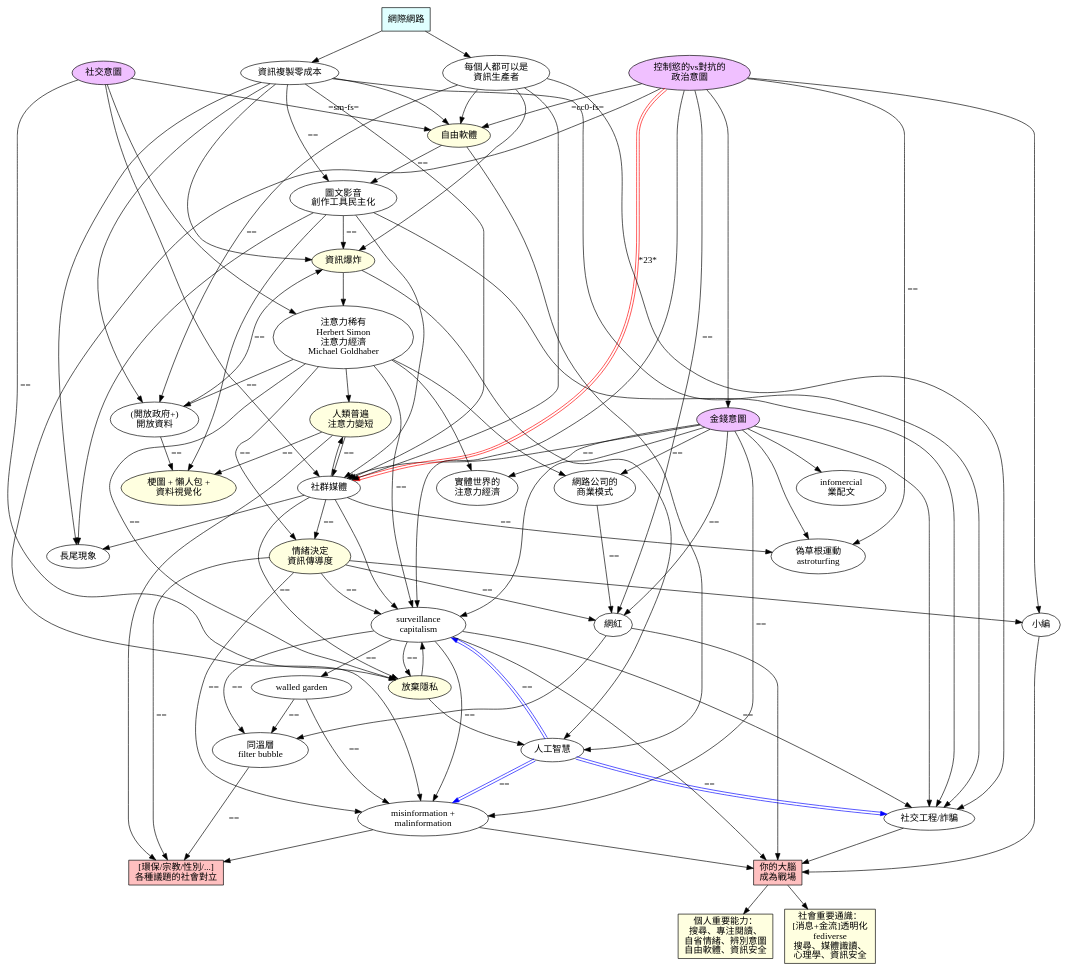
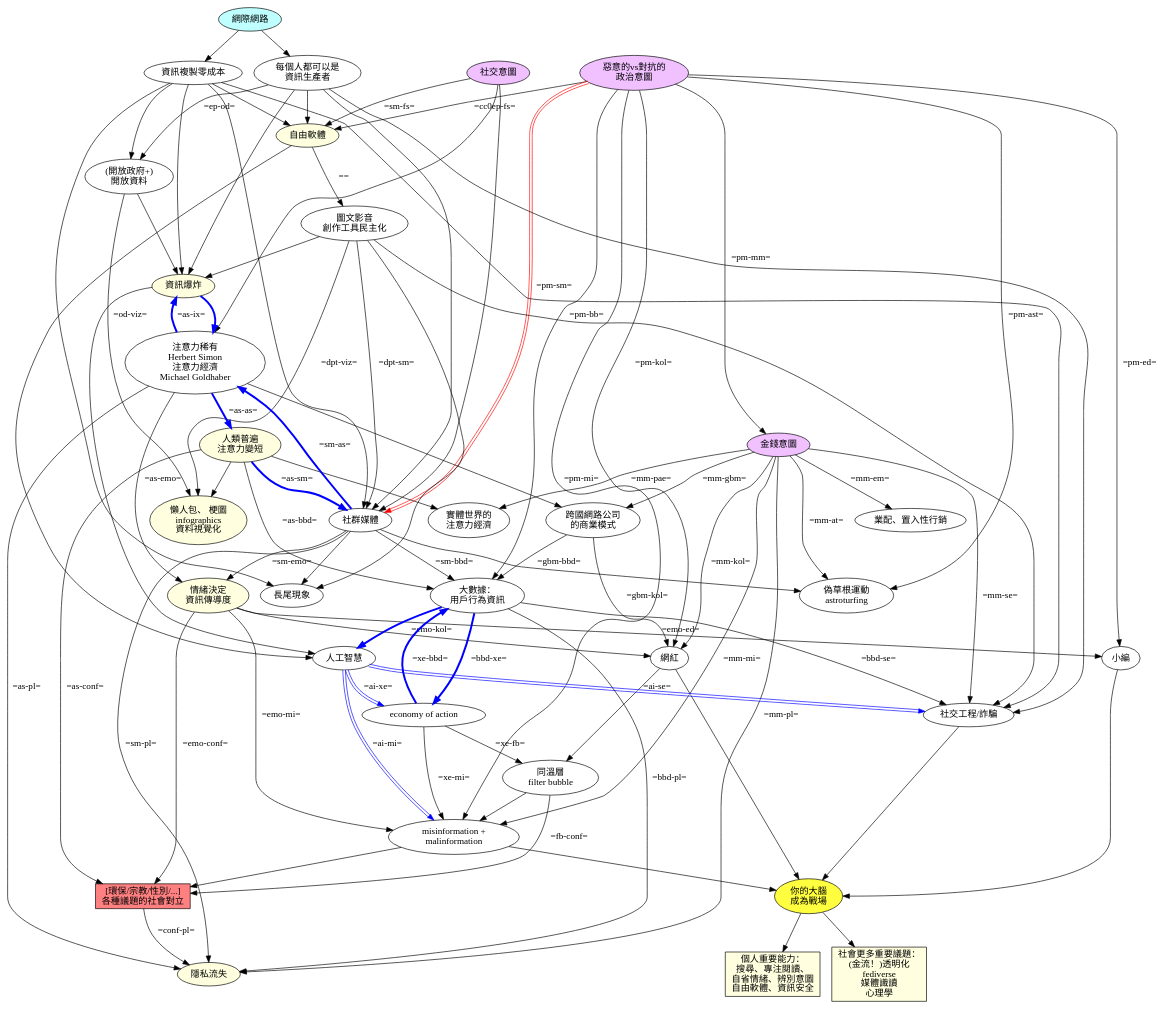
The diagram in a/m/23/war-on-brain.dot (ckhung/ckhung.github.io), drawn with Graphviz before and after one commit. The commit also changed 1 other file, not shown here.

Commit message:
war-on-brain.*

```diff
--- a/a/m/23/war-on-brain.dot
+++ b/a/m/23/war-on-brain.dot
@@ -5,106 +5,119 @@
 
     social_motivation [ label="社交意圖"; style=filled; fillcolor="#f0c0ff" ];
     monetary_motivation [ label="金錢意圖"; style=filled; fillcolor="#f0c0ff" ];
-    political_motivation [ label="控制慾的vs對抗的\n政治意圖"; style=filled; fillcolor="#f0c0ff" ];
-    internet [ shape=rectangle; label="網際網路" style=filled; fillcolor="#e0ffff" ];
+    political_motivation [ label="惡意的vs對抗的\n政治意圖"; style=filled; fillcolor="#f0c0ff" ];
+    internet [ label="網際網路" style=filled; fillcolor="#c0ffff" ];
     copy_cost_0 [ label="資訊複製零成本" ];
-    open_data [ label="(開放政府+)\n開放資料" ];
     everone_producer [ label="每個人都可以是\n資訊生產者" ];
+
     free_software [ label="自由軟體"; style=filled; fillcolor="#ffffe0" ];
     dem_prod_tool [ label="圖文影音\n創作工具民主化" ];
+
+    open_data [ label="(開放政府+)\n開放資料" ];
     info_explosion [ label="資訊爆炸"; style=filled; fillcolor="#ffffe0" ];
     attention_scarcity [ label="注意力稀有\nHerbert Simon\n注意力經濟\nMichael Goldhaber" ];
+    attention_span [ label="人類普遍\n注意力變短"; style=filled; fillcolor="#ffffe0" ];
+    visualization [ label="懶人包、 梗圖\ninfographics\n資料視覺化"; style=filled; fillcolor="#ffffe0" ];
     physical_ae [ label="實體世界的\n注意力經濟" ];
+
     social_media [ label="社群媒體" ];
+    long_tail [ label="長尾現象" ];
     astroturfing [ label="偽草根運動\nastroturfing" ];
     emotion [ label="情緒決定\n資訊傳導度"; style=filled; fillcolor="#ffffe0" ];
-    attention_span [ label="人類普遍\n注意力變短"; style=filled; fillcolor="#ffffe0" ];
-    visualization [ label="梗圖 + 懶人包 +\n資料視覺化"; style=filled; fillcolor="#ffffe0" ];
-    long_tail [ label="長尾現象" ];
-    infomercial [ label="infomercial\n業配文" ];
+    embedded_marketing [ label="業配、置入性行銷" ];
     kol [ label="網紅" ];
-    google_bm [ label="網路公司的\n商業模式" ];
+    google_bm [ label="跨國網路公司\n的商業模式" ];
     artificial_intelligence [ label="人工智慧" ];
     misinformation [ label="misinformation +\nmalinformation" ];
-    giving_up_privacy [ label="放棄隱私"; style=filled; fillcolor="#ffffe0" ];
+    privacy_loss [ label="隱私流失"; style=filled; fillcolor="#ffffe0" ];
     filter_bubble [ label="同溫層\nfilter bubble" ];
-    surveillance_capitalism [ label="surveillance\ncapitalism" ];
-    walled_garden [ label="walled garden" ];
+    behavior_big_data [ label="大數據：\n用戶行為資訊" ];
+    xtion_economy [ label="economy of action" ];
     social_engineering [ label="社交工程/詐騙" ];
     editor [ label="小編" ];
-    your_brain [ shape=rectangle; label="你的大腦\n成為戰場"; style=filled; fillcolor="#ffc0c0" ];
-    conflict [ shape=rectangle; label="[環保/宗教/性別/...]\n各種議題的社會對立"; style=filled; fillcolor="#ffc0c0"; ];
+    your_brain [ label="你的大腦\n成為戰場"; style=filled; fillcolor="#ffff40" ];
+    conflict [ shape=rectangle; label="[環保/宗教/性別/...]\n各種議題的社會對立"; style=filled; fillcolor="#ff8080"; ];
     important_personal [ shape=rectangle; label="個人重要能力：\n搜尋、專注閱讀、\n自省情緒、辨別意圖\n自由軟體、資訊安全"; style=filled; fillcolor="#ffffe0" ];
-    important_societal [ shape=rectangle; label="社會重要通識：\n[消息+金流]透明化\nfediverse\n搜尋、媒體識讀、\n心理學、資訊安全"; style=filled; fillcolor="#ffffe0" ];
+    important_societal [ shape=rectangle; label="社會更多重要議題：\n(金流！)透明化\nfediverse\n媒體識讀\n心理學"; style=filled; fillcolor="#ffffe0" ];
 
     # # # # # # # # # # # # # # # # # # # # 
 
-    # 一、 驅動力
-
-    political_motivation -> monetary_motivation;
-
-    # 二、 從網際網路到...
-
-    internet -> { copy_cost_0 everone_producer } -> free_software
-    political_motivation -> free_software [ label="=cc0-fs="; labeltooltip="革奴計畫" ];
-    social_motivation -> free_software [ label="=sm-fs="; labeltooltip="reputation economy\nexposure culture"];
+    internet -> { copy_cost_0 everone_producer } -> free_software;
+    political_motivation -> free_software [ label="=cc0ep-fs="; labeltooltip="革奴計畫" ];
+    social_motivation -> free_software [ label="=sm-fs="; labeltooltip="軟體就像性，免費的比較好" ];
+    free_software -> dem_prod_tool [ label="=="; labeltooltip="inkscape\ngimp\naudacity\n價格競爭" ];
+    copy_cost_0 -> open_data -> info_explosion;
+    everone_producer -> open_data [ label="=ep-od="; labeltooltip="維基百科\n開放街圖" ];
 
 
-    free_software -> dem_prod_tool [ label="=="; labeltooltip="inkscape\ngimp\naudacity\n價格競爭" ];
-    copy_cost_0 -> dem_prod_tool [ label="=="; labeltooltip="盜版" ];
-    { everone_producer copy_cost_0 } -> { info_explosion social_engineering };
-    dem_prod_tool -> info_explosion [ label="=="; labeltooltip="衍生創作" ];
-    dem_prod_tool -> social_engineering;
-    { social_motivation info_explosion } -> attention_scarcity;
-    { social_motivation dem_prod_tool everone_producer copy_cost_0 } -> social_media;
-    political_motivation -> social_media [ color="#ff0000:white:#ff0000"; label="*23*"; labeltooltip="言論管制的集權國家\n网络安全法第二十八条" ];
+    { everone_producer copy_cost_0 dem_prod_tool } -> { info_explosion social_engineering };
+    social_motivation -> attention_scarcity;
+    info_explosion -> attention_scarcity [ color="#0000ff"; penwidth=3 ];
+    attention_scarcity -> info_explosion [ color="#0000ff"; penwidth=3; label="=as-ix="; labeltooltip="reputation economy\nexposure culture\n創用CC" ];
+    attention_scarcity -> attention_span [ color="#0000ff"; penwidth=3; label="=as-as="; labeltooltip="金魚腦" ];
+    attention_scarcity -> privacy_loss [ label="=as-pl="; labeltooltip="selfie\n不必讀，我同意\n預設值\n暗黑模式的 UI/UX" ];
+    attention_span -> { visualization physical_ae };
+    open_data -> visualization [ label="=od-viz="; labeltooltip="Hans Rosling\nOWID" ];
+    dem_prod_tool -> visualization [ label="=dpt-viz="; labeltooltip="metabase\ngrafana\nplotly\ngnuplot\nscatplot" ];
+
+    monetary_motivation -> physical_ae [ label="=mm-pae="; labeltooltip="四川航空 免費巴士\ndigital license plate ads" ];
+    attention_scarcity -> google_bm;
+    monetary_motivation ->  google_bm [ label="=mm-gbm="; labeltooltip="臉書、Instagram\ngoogle\nyoutube" ];
+    google_bm -> kol [ label="=gbm-kol="; labeltooltip="抖內\n工商服務\n直播拍賣\n健生中醫" ];
+    monetary_motivation -> embedded_marketing [ label="=mm-em="; ];
+
+    { social_motivation everone_producer copy_cost_0 } -> social_media;
+    dem_prod_tool -> social_media [ label="=dpt-sm="; labeltooltip="BBS、IRC" ];
+    social_media -> attention_scarcity [ color="#0000ff"; penwidth=3; label="=sm-as="; labeltooltip="無限滾動捲軸\ndark patterns\ndeceptive patterns" ];
+    attention_span -> social_media [ color="#0000ff"; penwidth=3; label="=as-sm="; labeltooltip="blog=>twitter\nyoutube=>抖音" ];
     { dem_prod_tool copy_cost_0 social_media } -> long_tail;
-    monetary_motivation -> physical_ae [ label="=="; labeltooltip="四川航空 免費巴士\ndigital license plate ads" ];
-    attention_scarcity -> physical_ae;
-    attention_scarcity -> giving_up_privacy [ label="=="; labeltooltip="selfie" ];
-    attention_scarcity -> emotion [ label="=="; labeltooltip="下標題技巧" ];
-    attention_scarcity -> open_data [ label="=="; labeltooltip="創用CC" ];
-    attention_scarcity -> attention_span;
-    social_media -> attention_span;
-    attention_span -> social_media [ label="=="; labeltooltip="blog=>twitter\nyoutube=>抖音" ];
-    social_media -> giving_up_privacy [ label="=="; labeltooltip="venmo\nthisisyourdigitallife\n300個讚\n元宇宙頭盔\n网络安全法第二十八条\ntiktok 追蹤鍵盤" ];
-    social_media -> emotion [ label="=="; labeltooltip="回想個人經驗" ];
-    everone_producer -> open_data [ label="=="; labeltooltip="維基百科\n開放街圖" ];
-    copy_cost_0 -> open_data -> info_explosion;
-    open_data -> visualization [ label="=="; labeltooltip="Hans Rosling\nOWID" ];
-    dem_prod_tool -> visualization [ label="=="; labeltooltip="metabase\ngrafana\nplotly\ngnuplot\nscatplot" ];
-    attention_span -> visualization [ label="=="; labeltooltip="infographics" ];
-    social_motivation -> giving_up_privacy [ label="=="; labeltooltip="FOMO\nzenly"; ];
-    { free_software info_explosion giving_up_privacy } -> artificial_intelligence;
-    { monetary_motivation social_media giving_up_privacy } -> surveillance_capitalism;
-    attention_scarcity -> surveillance_capitalism [ label="=="; labeltooltip="targeted advertisement"; ];
+    social_media -> emotion [ label="=sm-emo="; labeltooltip="回想個人經驗" ];
+    attention_scarcity -> emotion [ label="=as-emo="; labeltooltip="下標題技巧\n故事行銷" ];
+    social_media -> astroturfing;
+    monetary_motivation -> astroturfing [ label="=mm-at="; labeltooltip="bigtech wiki\nwe sell likes\nfake review" ];
+    social_media -> privacy_loss [ label="=sm-pl="; labeltooltip="FOMO\nzenly\nvenmo\n抖音與臉書對你的逐鍵觀察" ];
+
+
+    social_media -> behavior_big_data [ label="=sm-bbd="; labeltooltip="thisisyourdigitallife\n300個讚\n元宇宙頭盔\n社會信用體系\n网络安全法第二十八条" ];
+    behavior_big_data -> privacy_loss [ label="=bbd-pl="; labeltooltip="少女懷孕，Target預測產期"; ];
+    attention_span -> behavior_big_data [ label="=as-bbd="; labeltooltip="個人化...、智慧..."; ];
+    google_bm -> behavior_big_data [ label="=gbm-bbd="; labeltooltip="targeted advertisement\n登入臉書方可閱讀的IP歧視政策"; ];
+    behavior_big_data -> xtion_economy [ color="#0000ff"; penwidth=3; label="=bbd-xe="; labeltooltip="臉書情緒傳染實驗\n(臉書的紐澳青年)\n心理弱點行銷研究\n劍橋分析\nPokéstop"; ];
+    xtion_economy -> behavior_big_data [ color="#0000ff"; penwidth=3; label="=xe-bbd="; labeltooltip="建立高牆花園\n誘勸改用app\napp內嵌瀏覽器\n臉書加密網址\n無限下滑" ];
+
+
+    filter_bubble -> misinformation;
+    xtion_economy -> filter_bubble [ label="=xe-fb="; labeltooltip="你也會喜歡\nline 群組\nline 內建瀏覽器不能搜尋" ];
+    xtion_economy -> misinformation [ label="=xe-mi="; labeltooltip="dark ads\n臉書禁備份\nline 群組\nline 內建瀏覽器不能搜尋\nline voom？" ];
+    monetary_motivation -> misinformation [ label="=mm-mi="; labeltooltip="大榴蓮\n鬼島狂新聞\n馬其頓 假新聞\n真相製造" ];
+    emotion -> misinformation [ label="=emo-mi="; labeltooltip="台灣致死率全世界第一\n近二週致死率全球第三高\n愛台網紅離開台灣\n很多孩子走了\n\n盜版/山寨/仿冒\npredatory journal?" ];
+    emotion -> kol [ label="=emo-kol="; labeltooltip="鼻妹、視網膜\n波特王、八烔、斯坦\n朱學恒、館長" ];
+
+    political_motivation -> social_media [ color="#ff0000:white:#ff0000"; label="=pm-sm="; labeltooltip="言論管制\n極權國家\n网络安全法第二十八条" ];
+    political_motivation -> behavior_big_data [ label="=pm-bb=" ];
+    political_motivation -> monetary_motivation [ label="=pm-mm=" ];
+    monetary_motivation -> kol [ label="=mm-kol="; labeltooltip="爆料公社\nmost super chatted on youtube" ];
+    political_motivation -> astroturfing [ label="=pm-ast="; labeltooltip="twitter INFO OPs archive\n監獄網評員\n蜂蜜檸檬韓粉美國" ];
+    political_motivation -> kol [ label="=pm-kol="; labeltooltip="解放軍南部戰區 對台自媒體及輿論分隊\n大翻譯運動" ];
+    political_motivation -> misinformation [ label="=pm-mi="; labeltooltip="諸多假訊息打擊防疫" ];
+    political_motivation -> editor [ label="=pm-ed="; labeltooltip="各政黨小編文化" ];
+    emotion -> editor [ label="=emo-ed="; labeltooltip="小編的人格特質？" ];
+
     kol -> filter_bubble;
-    surveillance_capitalism -> filter_bubble [ label="=="; labeltooltip="你也會喜歡\n劍橋分析" ];
-    { attention_span misinformation } -> conflict;
-    filter_bubble -> conflict [ label="=="; labeltooltip="fan wars" ];
-    surveillance_capitalism -> giving_up_privacy [ label="=="; labeltooltip="誘勸改用app\napp內建瀏覽器\n臉書打亂網址" ];
-    surveillance_capitalism -> walled_garden [ label="=="; labeltooltip="臉書登入才能讀\nlineline voom？\n抖音？\nbilibili？" ];
-    surveillance_capitalism -> social_engineering [ label="=="; labeltooltip="黑市個資" ];
-    surveillance_capitalism -> misinformation [ label="=="; labeltooltip="劍橋分析" ];
-    walled_garden -> misinformation [ label="=="; labeltooltip="臉書禁備份\nline 群組\nline 內建瀏覽器不能搜尋\nline voom？" ];
-    walled_garden -> filter_bubble [ label="=="; labeltooltip="line 群組\nline 內建瀏覽器不能搜尋" ];
-    monetary_motivation -> { social_media social_engineering infomercial astroturfing };
-    attention_scarcity -> google_bm;
-    monetary_motivation ->  google_bm [ label="=="; labeltooltip="google\nyoutube\n臉書" ];
-    google_bm -> kol [ label="=="; labeltooltip="抖內\n工商服務\n拍賣直播" ];
-    social_media -> astroturfing [ label="=="; labeltooltip="we sell likes\n監獄網評員\ntwitter INFO OPs archive" ];
-    political_motivation -> astroturfing [ label="=="; labeltooltip="蜂蜜檸檬韓粉美國\n" ];
-    monetary_motivation -> misinformation [ label="=="; labeltooltip="馬其頓 假新聞\n真相製造機" ];
-    political_motivation -> { editor misinformation surveillance_capitalism };
-    political_motivation -> kol [ label="=="; labeltooltip="解放軍南部戰區 對台自媒體及輿論分隊\n大翻譯運動" ];
-    monetary_motivation -> kol [ label="=="; labeltooltip="most super chatted on youtube" ];
-    emotion -> editor;
-    emotion -> surveillance_capitalism [ label="=="; labeltooltip="一個怒值五個讚" ];
-    emotion -> kol [ label="=="; labeltooltip="蔡阿嘎、鼻妹、視網膜\n波特王、斯坦\n朱學恒、館長\nYuri Bezmenov" ];
-    emotion -> conflict [ label="=="; labeltooltip="社會運動\nYuri Bezmenov" ];
-    emotion -> misinformation [ label="=="; labeltooltip="盜版/山寨/仿冒\n\npredatory journal?\n很多孩子走了\n近二週致死率全球第三高\n只改一個字的「引導腦補」認知戰\n側翼" ];
-    artificial_intelligence -> surveillance_capitalism [color="#0000ff:white:#0000ff"; label="=="; labeltooltip="劍橋分析 2.0" ];
-    artificial_intelligence -> social_engineering [color="#0000ff:white:#0000ff"; label="=="; labeltooltip="deepfake" ];
-    artificial_intelligence -> misinformation [color="#0000ff:white:#0000ff"; label="=="; labeltooltip="deepfake\n劍橋分析 2.0" ];
-    { kol editor misinformation surveillance_capitalism social_engineering } -> your_brain -> { important_personal important_societal }
+    filter_bubble -> conflict [ label="=fb-conf="; labeltooltip="fan wars" ];
+    emotion -> conflict [ label="=emo-conf="; labeltooltip="社會運動\nYuri Bezmenov" ];
+    attention_span -> conflict [ label="=as-conf="; labeltooltip="標題殺人法 (的成功)" ];
+    misinformation -> conflict;
+    conflict -> privacy_loss [ label="=conf-pl="; labeltooltip="doxxing" ];
+    monetary_motivation -> privacy_loss [ label="=mm-pl="; labeltooltip="葉逢明\n黑市個資\n中國 apps 與系統" ];
+    monetary_motivation -> social_engineering [ label="=mm-se="; ];
+    behavior_big_data -> social_engineering [ label="=bbd-se="; labeltooltip="黑市個資" ];
+
+    { free_software info_explosion } -> artificial_intelligence;
+    behavior_big_data -> artificial_intelligence [ color="#0000ff"; penwidth=3; ];
+    artificial_intelligence -> xtion_economy [ color="#0000ff:white:#0000ff"; label="=ai-xe="; labeltooltip="劍橋分析 2.0\n中共版劍橋分析？" ];
+    artificial_intelligence -> misinformation [color="#0000ff:white:#0000ff"; label="=ai-mi="; labeltooltip="deepfake\n劍橋分析 2.0" ];
+    artificial_intelligence -> social_engineering [color="#0000ff:white:#0000ff"; label="=ai-se="; labeltooltip="deepfake" ];
+
+    { kol editor misinformation social_engineering } -> your_brain -> { important_personal important_societal }
 }
```
